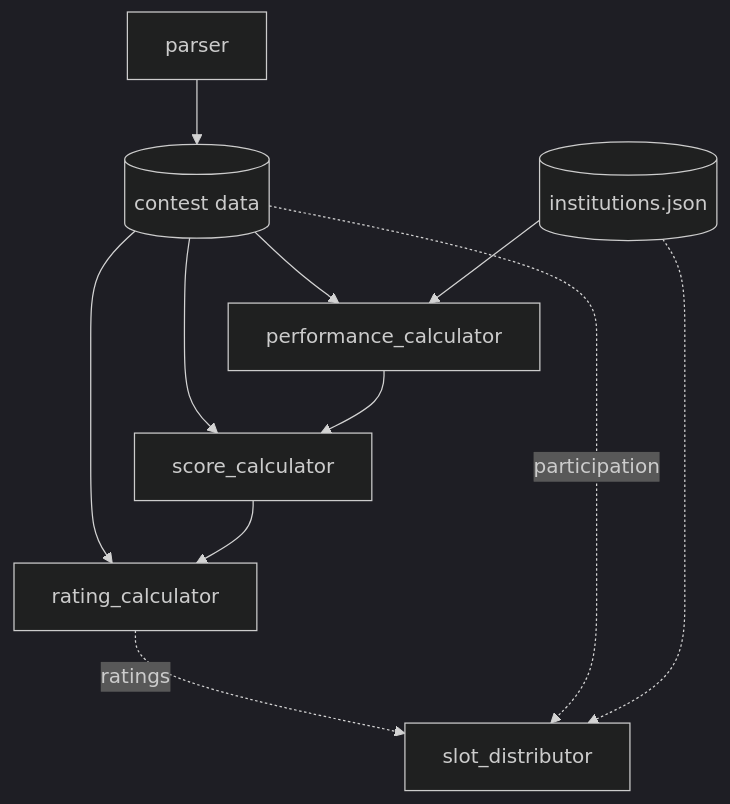
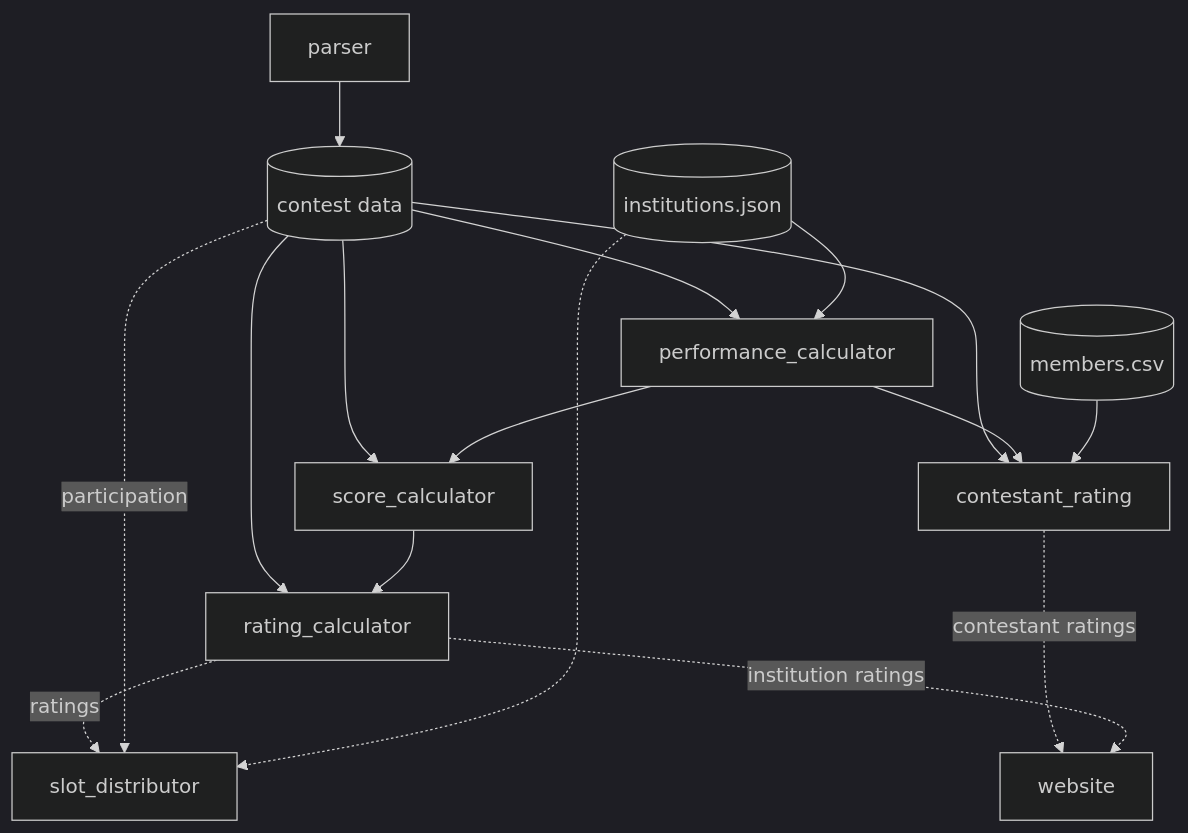
One commit to infi9itea/Biscuit-Rating changed the diagram in README.md. Above: the diagram before and after it, drawn with Mermaid (dark theme). The commit also changed other lines of this file and 78 other files, not shown here.

First line of the commit message:
Add contestant ratings and the Biscuit Rating website

````diff
--- a/README.md
+++ b/README.md
@@ -364,15 +476,21 @@
 ```mermaid
 flowchart TD
     contest_data[("contest data")]
     institutions[("institutions.json")]
+    members[("members.csv")]
     parser --> contest_data
     contest_data --> performance_calculator
     institutions --> performance_calculator
     contest_data --> score_calculator
     performance_calculator --> score_calculator
     contest_data --> rating_calculator
     score_calculator --> rating_calculator
+    contest_data --> contestant_rating
+    performance_calculator --> contestant_rating
+    members --> contestant_rating
     rating_calculator -. ratings .-> slot_distributor
     contest_data -. participation .-> slot_distributor
     institutions -.-> slot_distributor
+    contestant_rating -. contestant ratings .-> website
+    rating_calculator -. institution ratings .-> website
 ```
````
